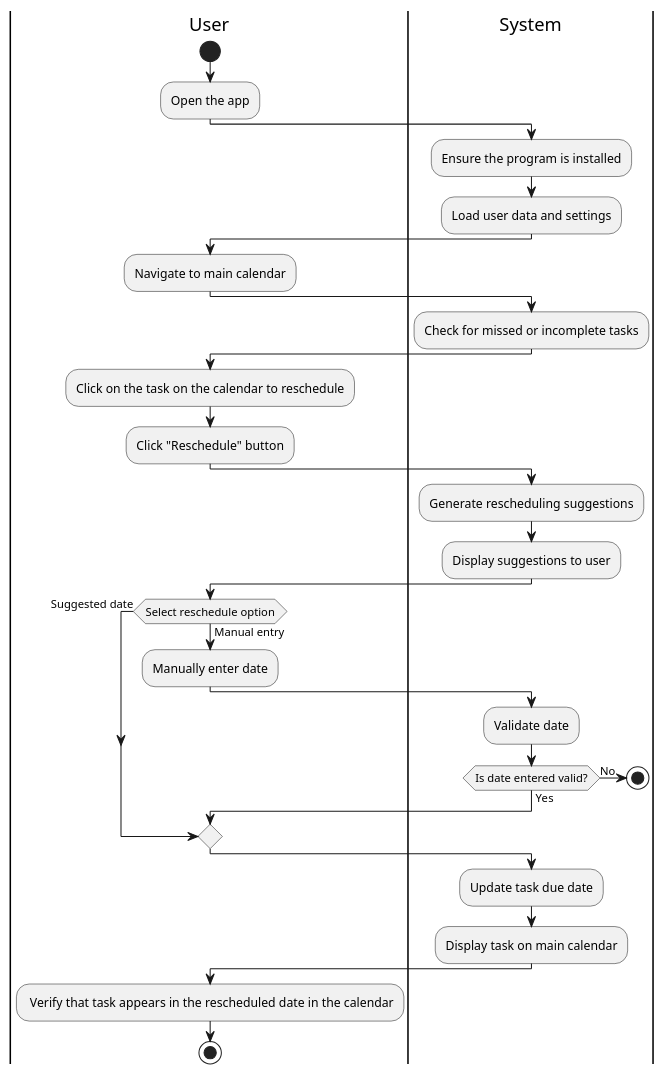
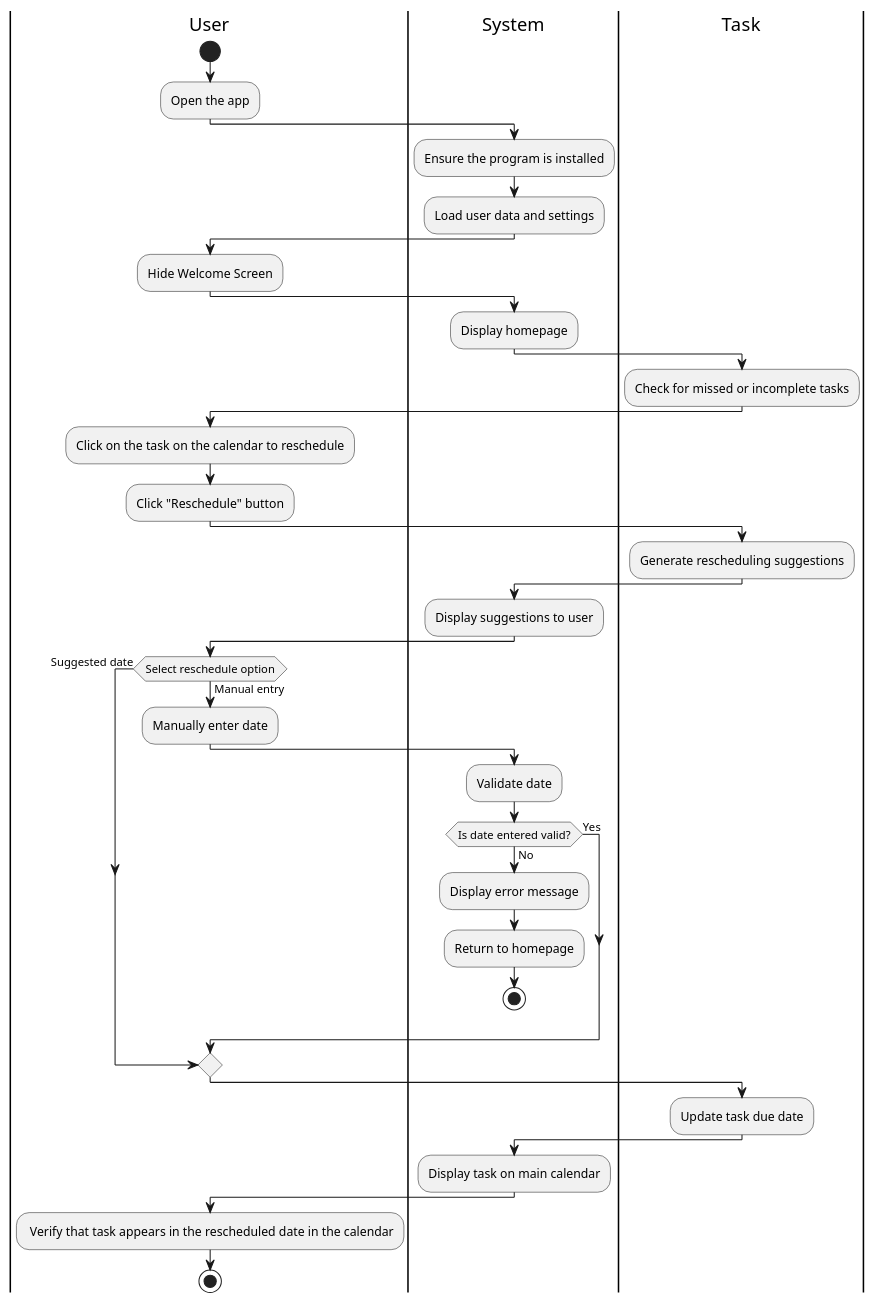
The diagram in assignment7/reschedule_task.puml (CS361-2024Fall-Term/Innovators), drawn with PlantUML before and after one commit.

```diff
--- a/assignment7/reschedule_task.puml
+++ b/assignment7/reschedule_task.puml
@@ -1,50 +1,59 @@
 @startuml
 |User|
 start
 :Open the app; 
 
 |System|
 :Ensure the program is installed;
 :Load user data and settings; 
 
 |User|
-:Navigate to main calendar;
+:Hide Welcome Screen;
 
 |System|
+:Display homepage;
+
+|Task|
 :Check for missed or incomplete tasks; 
 
 |User|
 :Click on the task on the calendar to reschedule;
 :Click "Reschedule" button; 
 
+|Task|
+:Generate rescheduling suggestions; 
+
 |System|
-:Generate rescheduling suggestions; 
 :Display suggestions to user; 
 
 |User|
 if (Select reschedule option) then (Suggested date)
 
 else (Manual entry)
 
 
   :Manually enter date;
 
 |System|
 :Validate date;
 if (Is date entered valid?) then (Yes)
 
 else (No)
+:Display error message; 
+:Return to homepage; 
   stop
  endif
  endif
 
+|Task|
+:Update task due date; 
+
 |System|
-:Update task due date; 
 :Display task on main calendar;
 
 |User|
 : Verify that task appears in the rescheduled date in the calendar;
 stop
 
 
 @enduml
```
